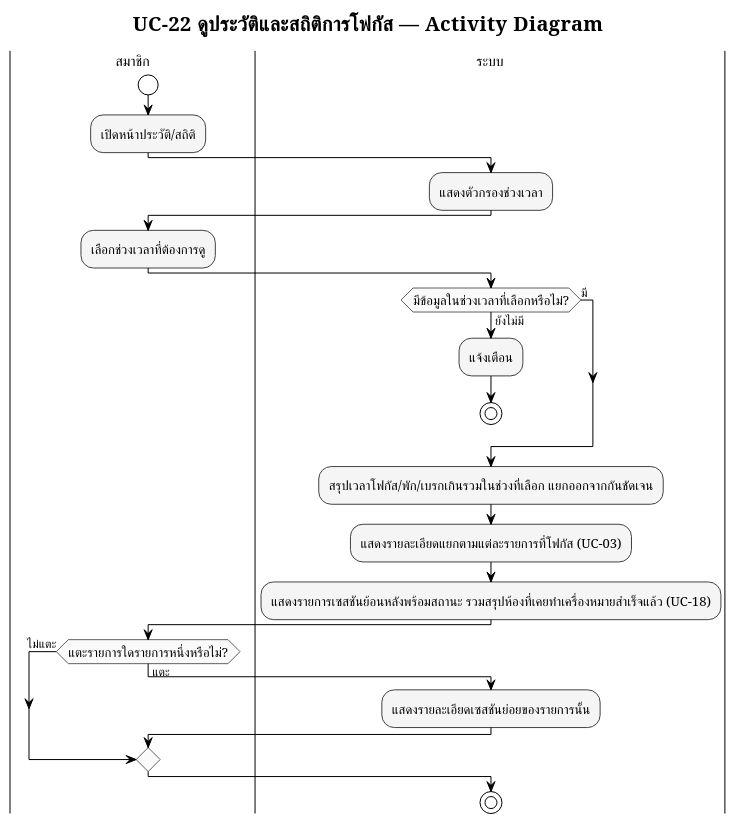
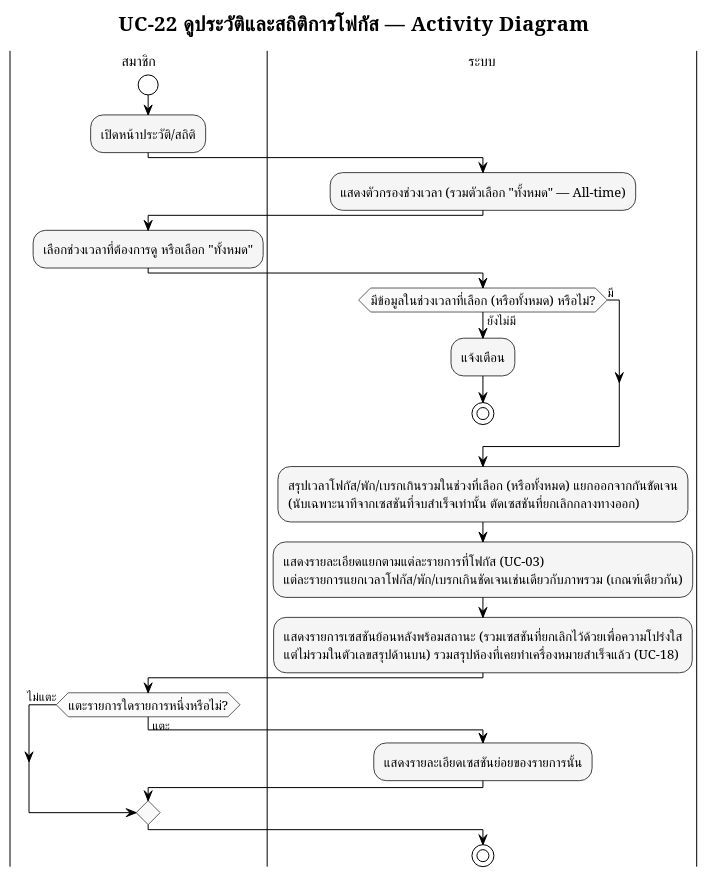
Before and after one commit to popotaroman-cloud/dssiprj-pad: the diagram in proposal/usecase/activity_module6_uc22.puml, drawn with PlantUML. The commit also changed 34 other files, not shown here.

```diff
--- a/proposal/usecase/activity_module6_uc22.puml
+++ b/proposal/usecase/activity_module6_uc22.puml
@@ -1,56 +1,56 @@
 @startuml M6_activity_ดูประวัติและสถิติการโฟกัส
 !pragma layout smetana
 skinparam defaultFontName "TH Sarabun New"
 skinparam defaultFontSize 14
 
 !theme plain
 skinparam titleFontName "TH Sarabun New"
 skinparam titleFontSize 20
 skinparam noteFontName "TH Sarabun New"
 skinparam ArrowFontName "TH Sarabun New"
 skinparam ArrowFontSize 12
 skinparam swimlaneTitleFontName "TH Sarabun New"
 skinparam swimlaneTitleFontSize 14
 
 skinparam activity {
   BackgroundColor #F5F5F5
   BorderColor #424242
   FontName "TH Sarabun New"
   FontSize 13
   DiamondBackgroundColor #FAFAFA
   DiamondBorderColor #616161
 }
 
 title UC-22 ดูประวัติและสถิติการโฟกัส — Activity Diagram
 
 |สมาชิก|
 start
 :เปิดหน้าประวัติ/สถิติ;
 
 |ระบบ|
-:แสดงตัวกรองช่วงเวลา;
+:แสดงตัวกรองช่วงเวลา (รวมตัวเลือก "ทั้งหมด" — All-time);
 
 |สมาชิก|
-:เลือกช่วงเวลาที่ต้องการดู;
+:เลือกช่วงเวลาที่ต้องการดู หรือเลือก "ทั้งหมด";
 
 |ระบบ|
-if (มีข้อมูลในช่วงเวลาที่เลือกหรือไม่?) then (ยังไม่มี)
+if (มีข้อมูลในช่วงเวลาที่เลือก (หรือทั้งหมด) หรือไม่?) then (ยังไม่มี)
   :แจ้งเตือน;
   stop
 else (มี)
 endif
 
-:สรุปเวลาโฟกัส/พัก/เบรกเกินรวมในช่วงที่เลือก แยกออกจากกันชัดเจน;
-:แสดงรายละเอียดแยกตามแต่ละรายการที่โฟกัส (UC-03);
-:แสดงรายการเซสชันย้อนหลังพร้อมสถานะ รวมสรุปห้องที่เคยทำเครื่องหมายสำเร็จแล้ว (UC-18);
+:สรุปเวลาโฟกัส/พัก/เบรกเกินรวมในช่วงที่เลือก (หรือทั้งหมด) แยกออกจากกันชัดเจน\n(นับเฉพาะนาทีจากเซสชันที่จบสำเร็จเท่านั้น ตัดเซสชันที่ยกเลิกกลางทางออก);
+:แสดงรายละเอียดแยกตามแต่ละรายการที่โฟกัส (UC-03)\nแต่ละรายการแยกเวลาโฟกัส/พัก/เบรกเกินชัดเจนเช่นเดียวกับภาพรวม (เกณฑ์เดียวกัน);
+:แสดงรายการเซสชันย้อนหลังพร้อมสถานะ (รวมเซสชันที่ยกเลิกไว้ด้วยเพื่อความโปร่งใส\nแต่ไม่รวมในตัวเลขสรุปด้านบน) รวมสรุปห้องที่เคยทำเครื่องหมายสำเร็จแล้ว (UC-18);
 
 |สมาชิก|
 if (แตะรายการใดรายการหนึ่งหรือไม่?) then (แตะ)
   |ระบบ|
   :แสดงรายละเอียดเซสชันย่อยของรายการนั้น;
 else (ไม่แตะ)
 endif
 
 stop
 
 @enduml
```
